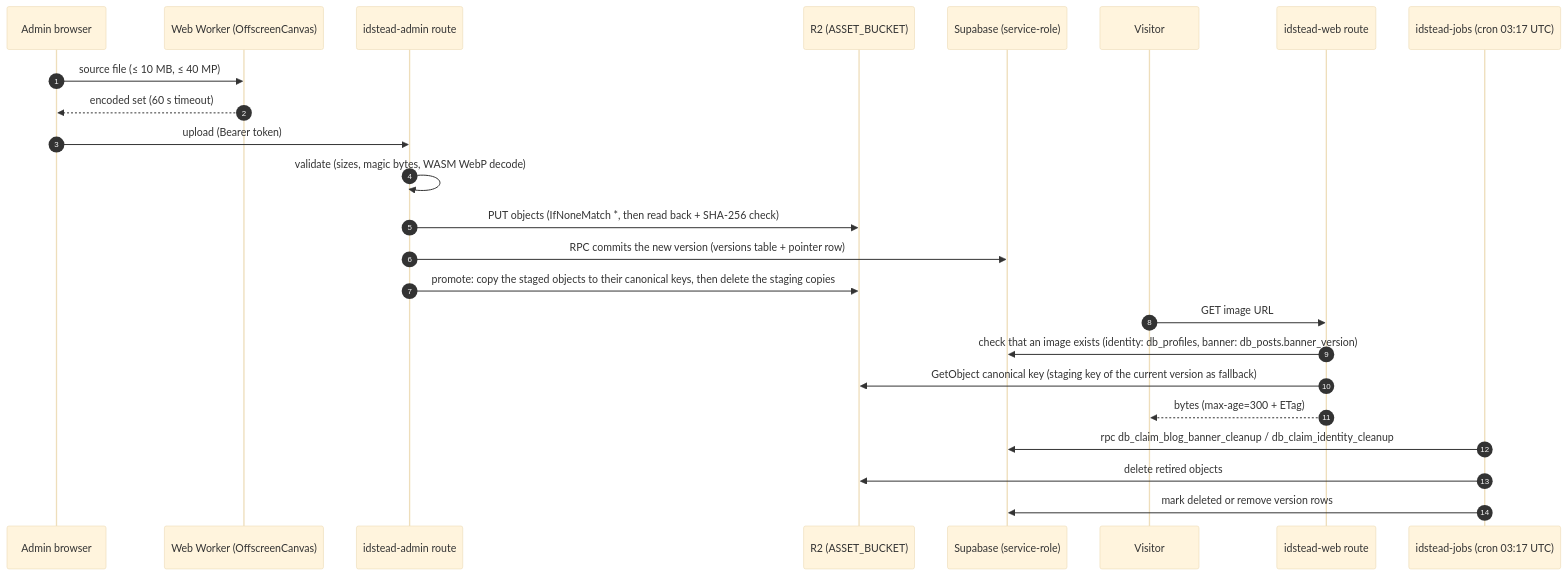
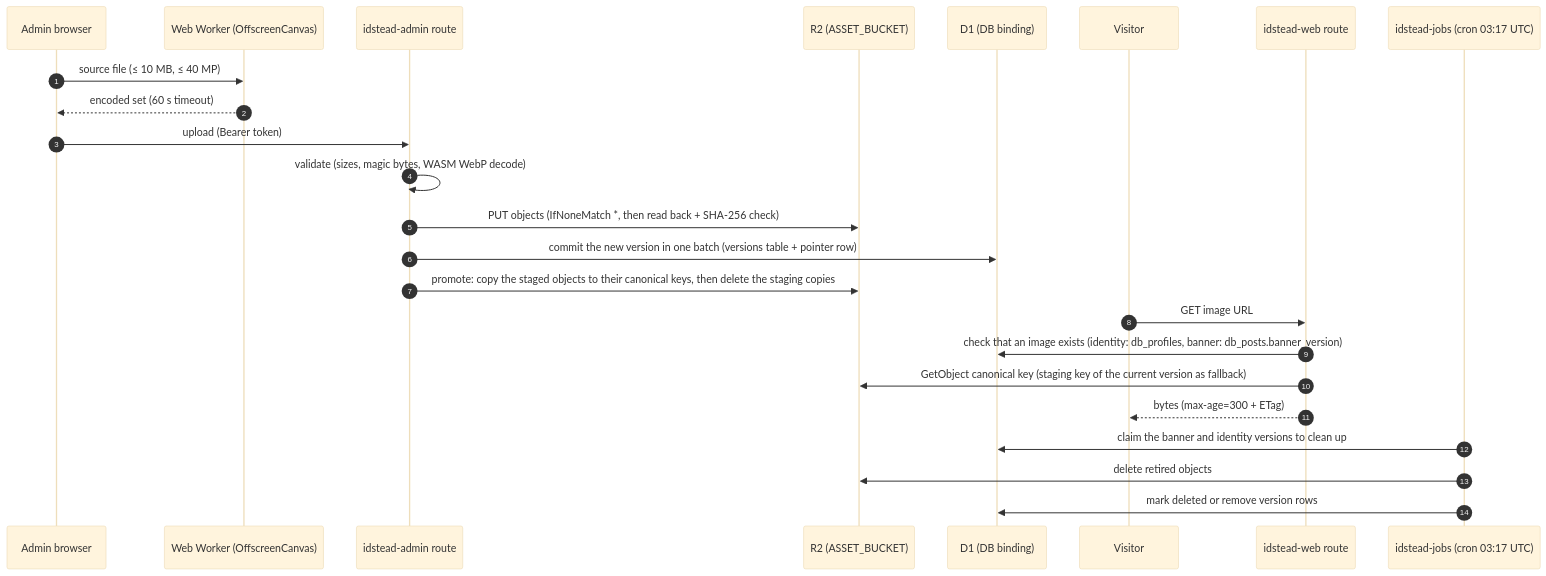
One commit to farhnkrnapratma/idstead changed the diagram in docs/003-architecture/008-asset-pipeline.md. Above: the diagram before and after it, drawn with Mermaid (base theme). The commit also changed other lines of this file and 26 other files, not shown here.

````diff
--- a/docs/003-architecture/008-asset-pipeline.md
+++ b/docs/003-architecture/008-asset-pipeline.md
@@ -5,29 +5,29 @@
 ```mermaid
 sequenceDiagram
     autonumber
     participant B as Admin browser
     participant WW as Web Worker (OffscreenCanvas)
     participant A as idstead-admin route
     participant R2 as R2 (ASSET_BUCKET)
-    participant DB as Supabase (service-role)
+    participant DB as D1 (DB binding)
     participant V as Visitor
     participant W as idstead-web route
     participant J as idstead-jobs (cron 03:17 UTC)
 
     B->>WW: source file (≤ 10 MB, ≤ 40 MP)
     WW-->>B: encoded set (60 s timeout)
     B->>A: upload (Bearer token)
     A->>A: validate (sizes, magic bytes, WASM WebP decode)
     A->>R2: PUT objects (IfNoneMatch *, then read back + SHA-256 check)
-    A->>DB: RPC commits the new version (versions table + pointer row)
+    A->>DB: commit the new version in one batch (versions table + pointer row)
     A->>R2: promote: copy the staged objects to their canonical keys, then delete the staging copies
 
     V->>W: GET image URL
     W->>DB: check that an image exists (identity: db_profiles, banner: db_posts.banner_version)
     W->>R2: GetObject canonical key (staging key of the current version as fallback)
     W-->>V: bytes (max-age=300 + ETag)
 
-    J->>DB: rpc db_claim_blog_banner_cleanup / db_claim_identity_cleanup
+    J->>DB: claim the banner and identity versions to clean up
     J->>R2: delete retired objects
     J->>DB: mark deleted or remove version rows
 ```
````
